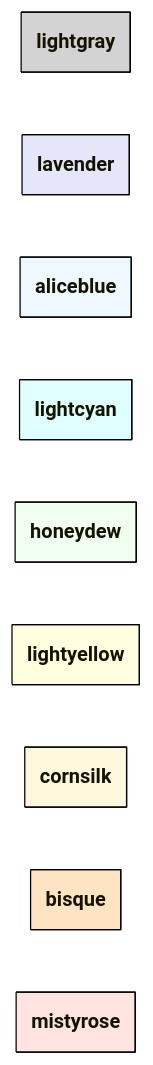
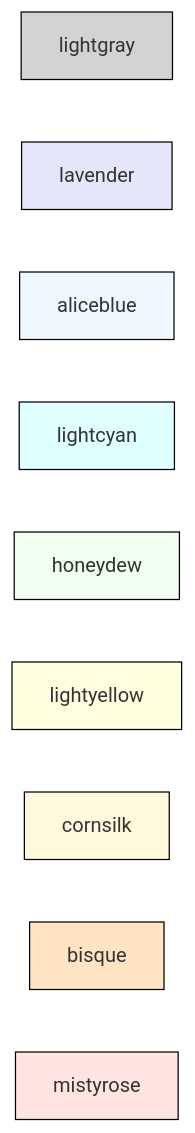
The first of 2 diagrams in files/fill-and-stroke-colors.md (Ee-Cs/Ee-Cs.github.io), drawn with Mermaid before and after one commit. The commit also changed other lines of this file, not shown here.

````diff
--- a/files/fill-and-stroke-colors.md
+++ b/files/fill-and-stroke-colors.md
@@ -3,28 +3,22 @@
 ```mermaid
----
-  config:
-    class:
-      hideEmptyMembersBox: true
----
-classDiagram
-    direction LR
-    class lightgray:::lightgray { }
-    class lavender:::lavender { }
-    class aliceblue:::aliceblue { }
-    class lightcyan:::lightcyan { }
-    class honeydew:::honeydew { }
-    class lightyellow:::lightyellow { }
-    class cornsilk:::cornsilk { }
-    class bisque:::bisque { }
-    class mistyrose:::mistyrose { }
+flowchart LR
+    lightgray:::lightgray
+    lavender:::lavender
+    aliceblue:::aliceblue
+    lightcyan:::lightcyan
+    honeydew:::honeydew
+    lightyellow:::lightyellow
+    cornsilk:::cornsilk
+    bisque:::bisque
+    mistyrose:::mistyrose
 %% Styles
     classDef aliceblue fill:aliceblue,stroke:black,stroke-width:1px
     classDef bisque fill:bisque,stroke:black,stroke-width:1px
     classDef cornsilk fill:cornsilk,stroke:black,stroke-width:1px
     classDef honeydew fill:honeydew,stroke:black,stroke-width:1px
     classDef lavender fill:lavender,stroke:black,stroke-width:1px
     classDef lightcyan fill:lightcyan,stroke:black,stroke-width:1px
     classDef lightgray fill:lightgray,stroke:black,stroke-width:1px
     classDef lightyellow fill:lightyellow,stroke:black,stroke-width:1px
     classDef mistyrose fill:mistyrose,stroke:black,stroke-width:1px
 ```
````
